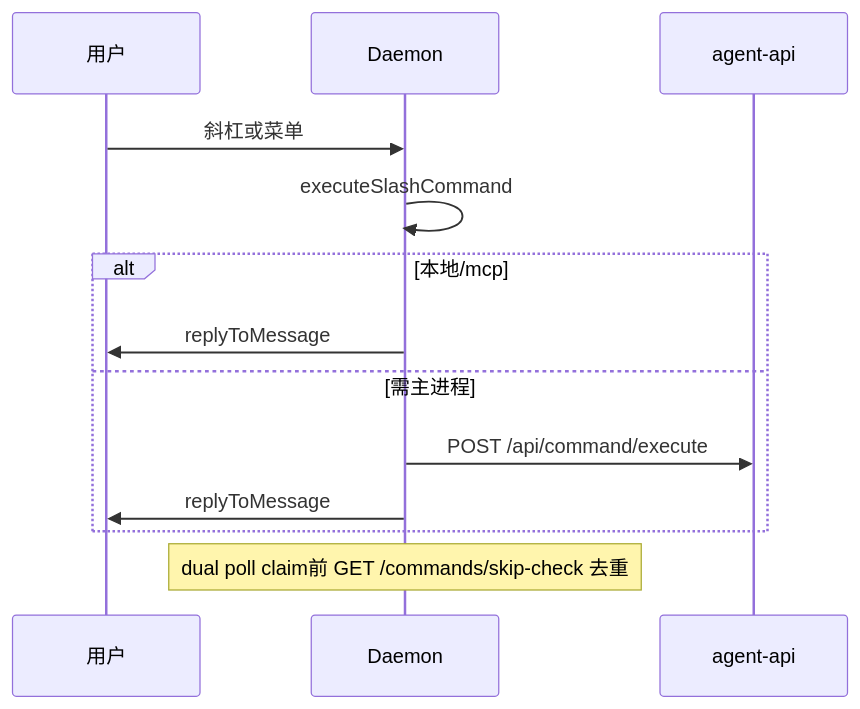
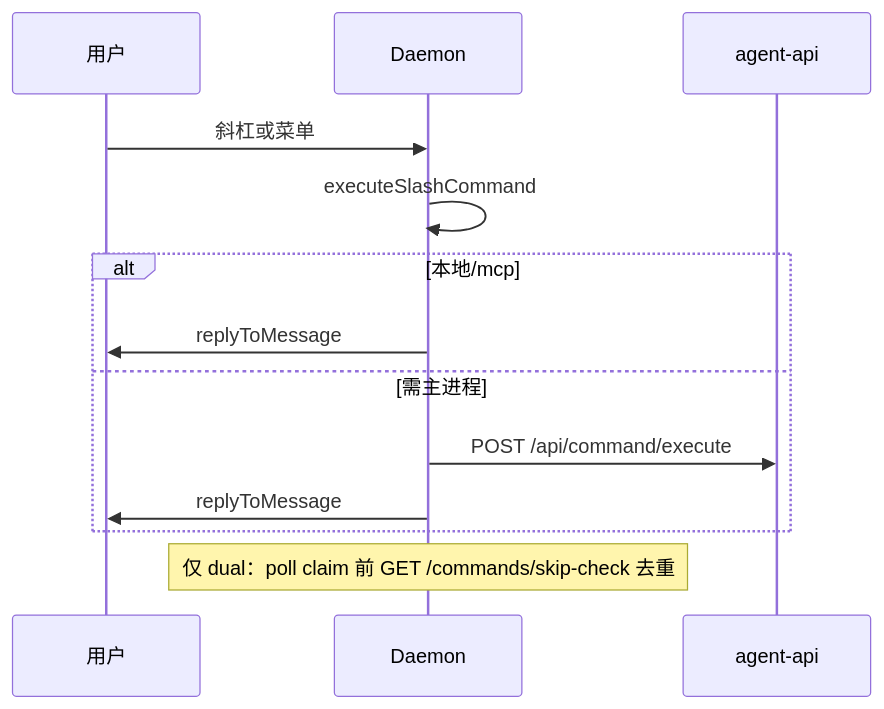
Before and after one commit to suveng/cursor-claw: the diagram in knowledge/业务域/Agent调度/04-远程指令.md, drawn with Mermaid. The commit also changed other lines of this file and 20 other files, not shown here.

````diff
--- a/knowledge/业务域/Agent调度/04-远程指令.md
+++ b/knowledge/业务域/Agent调度/04-远程指令.md
@@ -56,15 +56,15 @@
 ```mermaid
 sequenceDiagram
   participant U as 用户
   participant D as Daemon
   participant E as agent-api
   U->>D: 斜杠或菜单
   D->>D: executeSlashCommand
   alt 本地/mcp
     D->>U: replyToMessage
   else 需主进程
     D->>E: POST /api/command/execute
     D->>U: replyToMessage
   end
-  Note over D: dual poll claim前 GET /commands/skip-check 去重
+  Note over D: 仅 dual：poll claim 前 GET /commands/skip-check 去重
 ```
````
